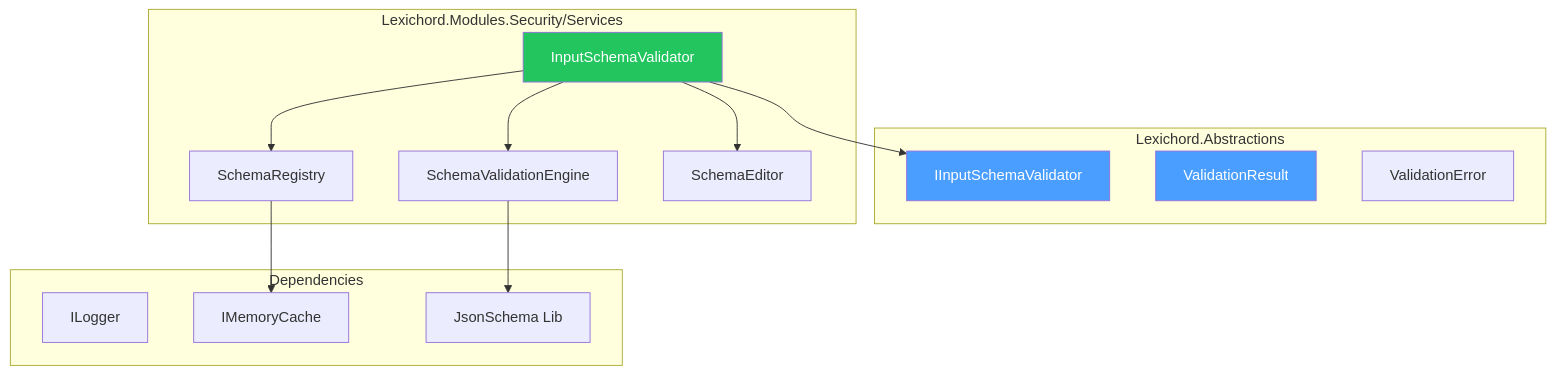
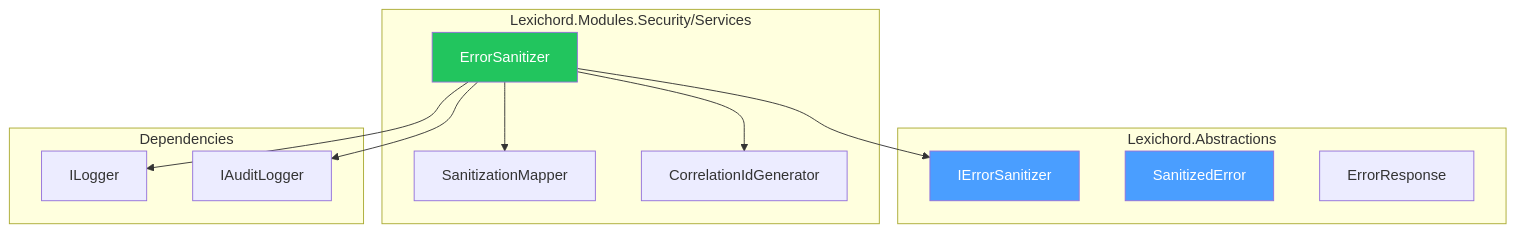
Before and after one commit to southpawriter02/lexichord: the first of 2 diagrams in docs/specs/v0.11.x/v0.11.4/LCS-DES-v0.11.4-SEC-f.md, drawn with Mermaid. The commit also changed other lines of this file and 74 other files, not shown here.

````diff
--- a/docs/specs/v0.11.x/v0.11.4/LCS-DES-v0.11.4-SEC-f.md
+++ b/docs/specs/v0.11.x/v0.11.4/LCS-DES-v0.11.4-SEC-f.md
@@ -58,32 +58,29 @@
 ```mermaid
 graph TB
     subgraph "Lexichord.Abstractions"
-        ISV[IInputSchemaValidator]
-        VR[ValidationResult]
-        VE[ValidationError]
+        IES[IErrorSanitizer]
+        SE[SanitizedError]
+        ER[ErrorResponse]
     end
 
     subgraph "Lexichord.Modules.Security/Services"
-        SV[InputSchemaValidator]
-        SR[SchemaRegistry]
-        SVM[SchemaValidationEngine]
-        SE[SchemaEditor]
+        ES[ErrorSanitizer]
+        SM[SanitizationMapper]
+        CR[CorrelationIdGenerator]
     end
 
     subgraph "Dependencies"
         LOG[ILogger<T>]
-        CACHE[IMemoryCache]
-        JSON[JsonSchema Lib]
+        AUDIT[IAuditLogger]
     end
 
-    SV --> ISV
-    SV --> SR
-    SV --> SVM
-    SV --> SE
-    SR --> CACHE
-    SVM --> JSON
+    ES --> IES
+    ES --> SM
+    ES --> CR
+    ES --> LOG
+    ES --> AUDIT
 
-    style SV fill:#22c55e,color:#fff
-    style ISV fill:#4a9eff,color:#fff
-    style VR fill:#4a9eff,color:#fff
+    style ES fill:#22c55e,color:#fff
+    style IES fill:#4a9eff,color:#fff
+    style SE fill:#4a9eff,color:#fff
 ```
````
